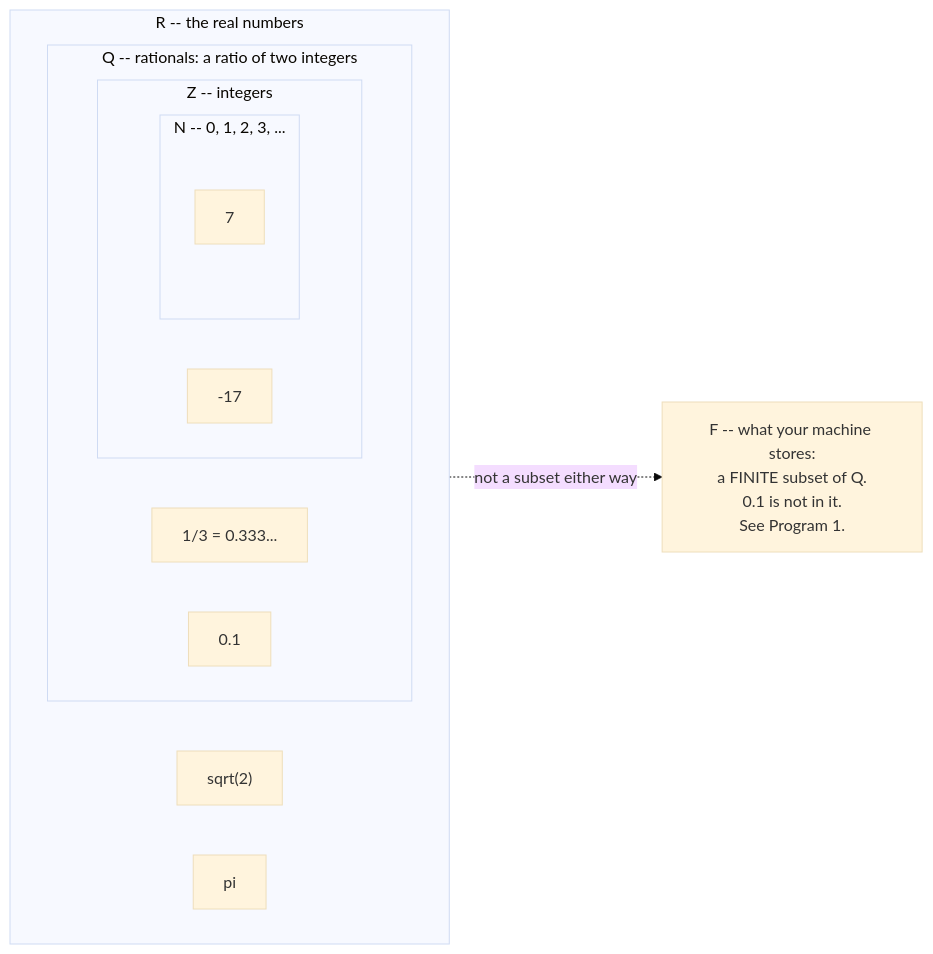
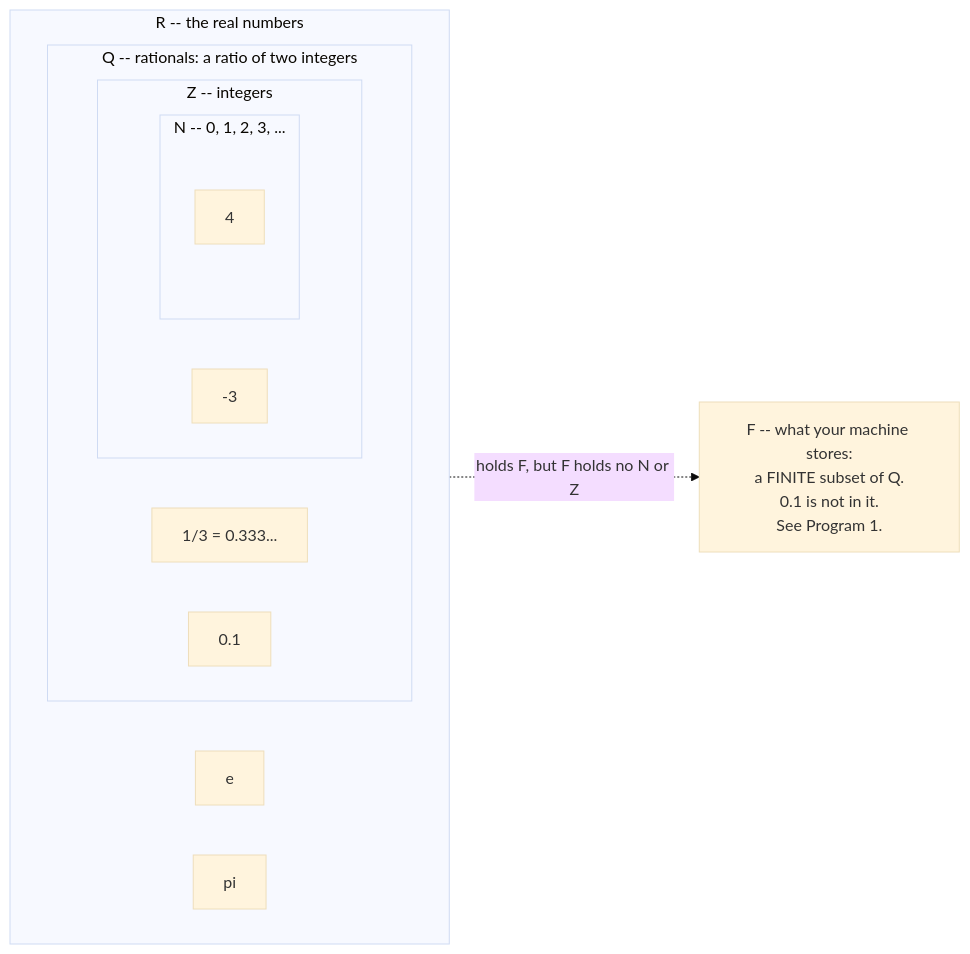
Before and after one commit to konradcinkusz/math-for-ai-engineers: the diagram in figures/mermaid/en/f01-number-sets.mmd, drawn with Mermaid (base theme). The commit also changed 22 other files, not shown here.

```diff
--- a/figures/mermaid/en/f01-number-sets.mmd
+++ b/figures/mermaid/en/f01-number-sets.mmd
@@ -1,21 +1,21 @@
 flowchart LR
   subgraph R["R -- the real numbers"]
     direction LR
     subgraph Q["Q -- rationals: a ratio of two integers"]
       direction LR
       subgraph Z["Z -- integers"]
         direction LR
         subgraph N["N -- 0, 1, 2, 3, ..."]
-          n1["7"]
+          n1["4"]
         end
-        z1["-17"]
+        z1["-3"]
       end
       q1["1/3 = 0.333..."]
       q2["0.1"]
     end
-    r1["sqrt(2)"]
+    r1["e"]
     r2["pi"]
   end
 
   F["F -- what your machine stores:<br/>a FINITE subset of Q.<br/>0.1 is not in it.<br/>See Program 1."]
-  Q -. "not a subset either way" .-> F
+  Q -. "holds F, but F holds no N or Z" .-> F
```
